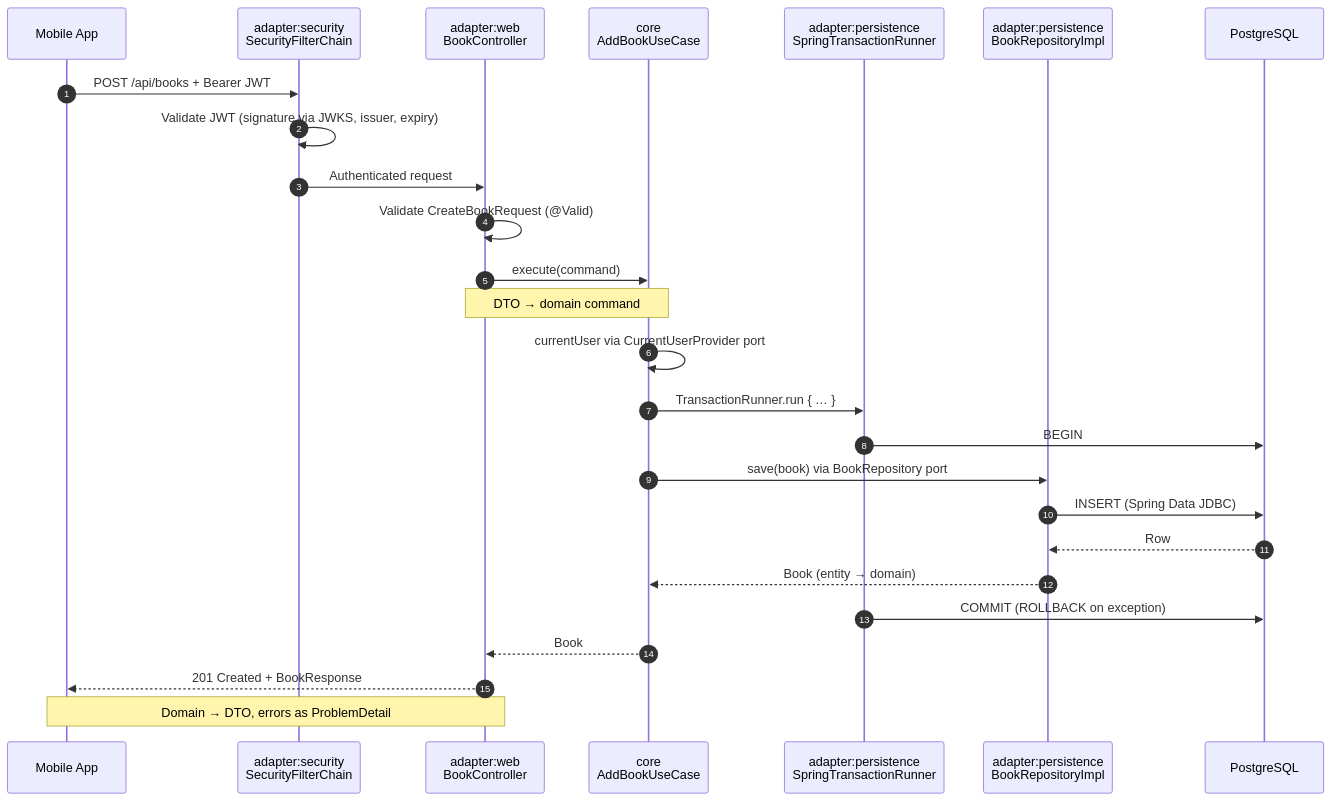
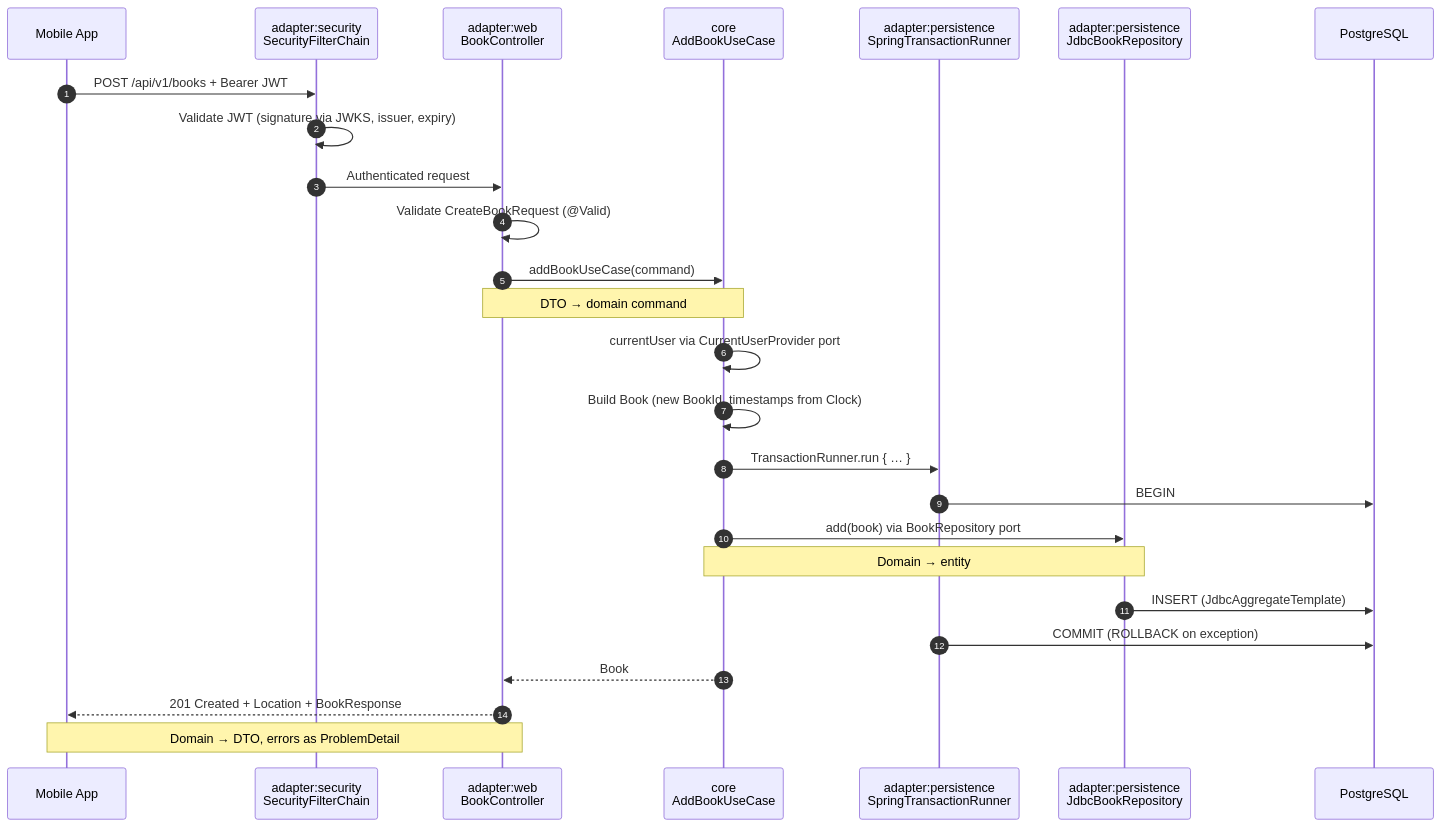
One commit to AnSrwn/BookTracker changed the third of 3 diagrams in backend/docs/architecture.md. Above: the diagram before and after it, drawn with Mermaid. The commit also changed other lines of this file, not shown here.

````diff
--- a/backend/docs/architecture.md
+++ b/backend/docs/architecture.md
@@ -112,29 +114,29 @@
 ```mermaid
 sequenceDiagram
     autonumber
     participant App as Mobile App
     participant Sec as adapter:security<br/>SecurityFilterChain
     participant Ctrl as adapter:web<br/>BookController
     participant UC as core<br/>AddBookUseCase
     participant Tx as adapter:persistence<br/>SpringTransactionRunner
-    participant Jdbc as adapter:persistence<br/>BookRepositoryImpl
+    participant Jdbc as adapter:persistence<br/>JdbcBookRepository
     participant DB as PostgreSQL
 
-    App->>Sec: POST /api/books + Bearer JWT
+    App->>Sec: POST /api/v1/books + Bearer JWT
     Sec->>Sec: Validate JWT (signature via JWKS, issuer, expiry)
     Sec->>Ctrl: Authenticated request
     Ctrl->>Ctrl: Validate CreateBookRequest (@Valid)
-    Ctrl->>UC: execute(command)
+    Ctrl->>UC: addBookUseCase(command)
     Note over Ctrl,UC: DTO → domain command
     UC->>UC: currentUser via CurrentUserProvider port
+    UC->>UC: Build Book (new BookId, timestamps from Clock)
     UC->>Tx: TransactionRunner.run { … }
     Tx->>DB: BEGIN
-    UC->>Jdbc: save(book) via BookRepository port
-    Jdbc->>DB: INSERT (Spring Data JDBC)
-    DB-->>Jdbc: Row
-    Jdbc-->>UC: Book (entity → domain)
+    UC->>Jdbc: add(book) via BookRepository port
+    Note over UC,Jdbc: Domain → entity
+    Jdbc->>DB: INSERT (JdbcAggregateTemplate)
     Tx->>DB: COMMIT (ROLLBACK on exception)
     UC-->>Ctrl: Book
-    Ctrl-->>App: 201 Created + BookResponse
+    Ctrl-->>App: 201 Created + Location + BookResponse
     Note over Ctrl,App: Domain → DTO, errors as ProblemDetail
 ```
````
